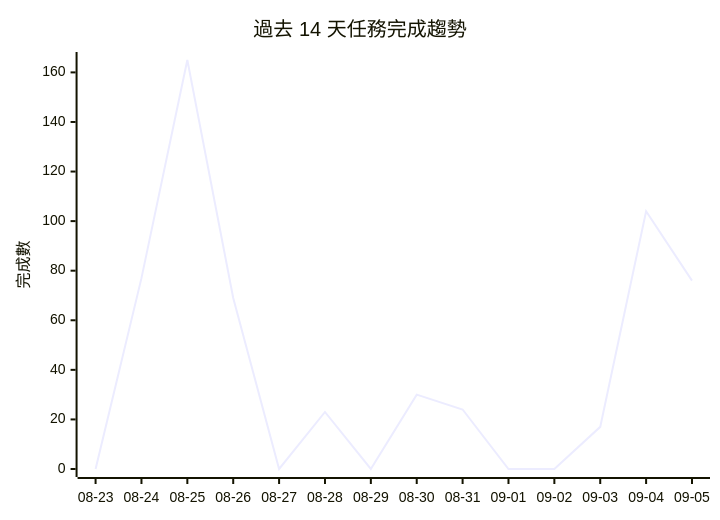
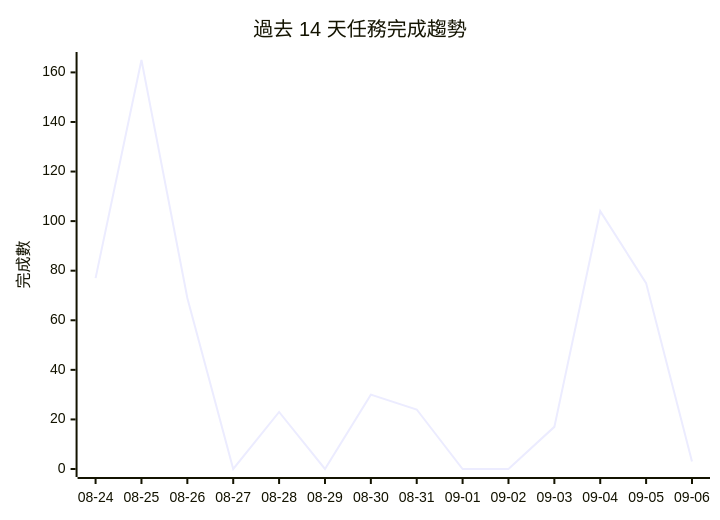
One commit to gentoobreaking/ai-tasks changed the diagram in PROJECTS.md. Above: the diagram before and after it, drawn with Mermaid. The commit also changed other lines of this file and 67 other files, not shown here.

````diff
--- a/PROJECTS.md
+++ b/PROJECTS.md
@@ -89,7 +86,7 @@
 ```mermaid
 xychart-beta
     title "過去 14 天任務完成趨勢"
-    x-axis ["08-23", "08-24", "08-25", "08-26", "08-27", "08-28", "08-29", "08-30", "08-31", "09-01", "09-02", "09-03", "09-04", "09-05"]
+    x-axis ["08-24", "08-25", "08-26", "08-27", "08-28", "08-29", "08-30", "08-31", "09-01", "09-02", "09-03", "09-04", "09-05", "09-06"]
     y-axis "完成數" 0 --> 165
-    line [0, 77, 165, 69, 0, 23, 0, 30, 24, 0, 0, 17, 104, 76]
+    line [77, 165, 69, 0, 23, 0, 30, 24, 0, 0, 17, 104, 75, 3]
 ```
````
